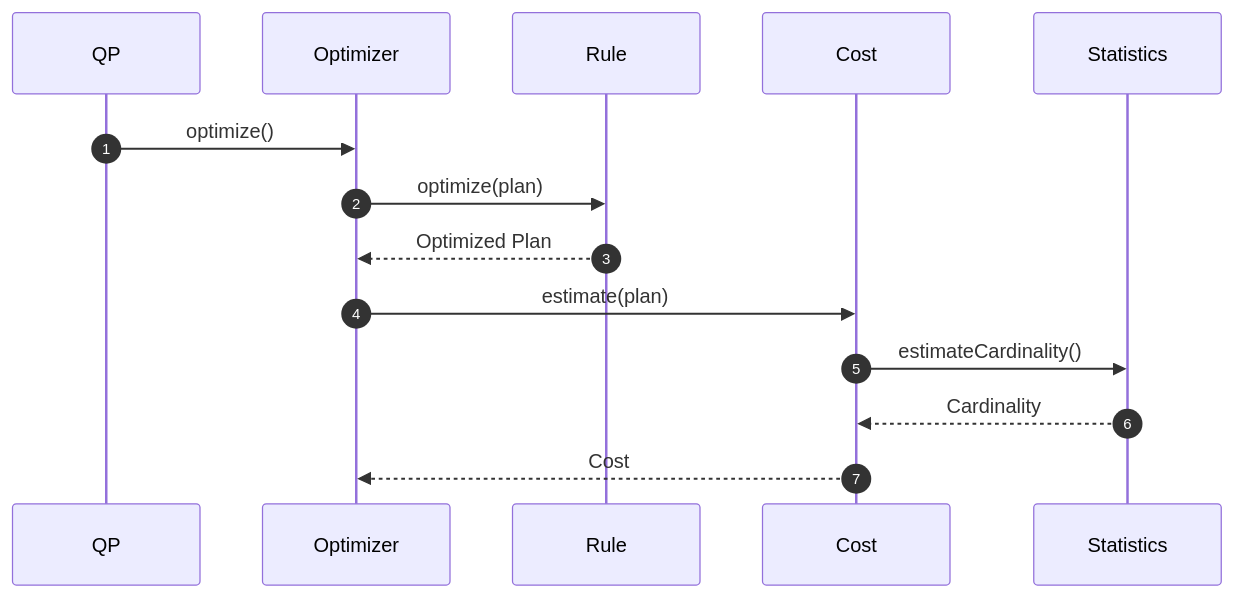
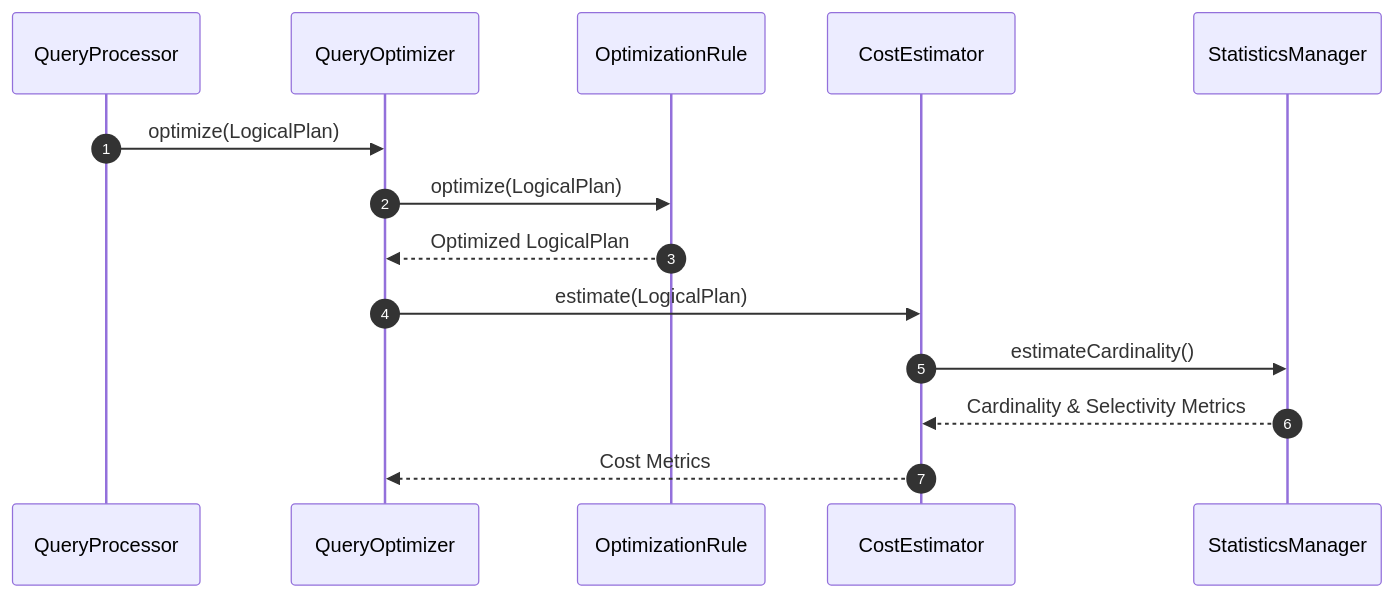
Before and after one commit to Dikhang1112/Database_Management_BBV: diagram 11 of 13 in docs/design_patterns/query_processor/Sequece.md, drawn with Mermaid. The commit also changed other lines of this file and 1 other file, not shown here.

````diff
--- a/docs/design_patterns/query_processor/Sequece.md
+++ b/docs/design_patterns/query_processor/Sequece.md
@@ -178,25 +324,17 @@
 ```mermaid
 sequenceDiagram
+    autonumber
+    participant QP as QueryProcessor
+    participant Optimizer as QueryOptimizer
+    participant Rule as OptimizationRule
+    participant Cost as CostEstimator
+    participant Stats as StatisticsManager
 
-    autonumber
-
-    participant QP
-    participant Optimizer
-    participant Rule
-    participant Cost
-    participant Statistics
-
-    QP->>Optimizer: optimize()
-
-    Optimizer->>Rule: optimize(plan)
-
-    Rule-->>Optimizer: Optimized Plan
-
-    Optimizer->>Cost: estimate(plan)
-
-    Cost->>Statistics: estimateCardinality()
-
-    Statistics-->>Cost: Cardinality
-
-    Cost-->>Optimizer: Cost
+    QP->>Optimizer: optimize(LogicalPlan)
+    Optimizer->>Rule: optimize(LogicalPlan)
+    Rule-->>Optimizer: Optimized LogicalPlan
+    Optimizer->>Cost: estimate(LogicalPlan)
+    Cost->>Stats: estimateCardinality()
+    Stats-->>Cost: Cardinality & Selectivity Metrics
+    Cost-->>Optimizer: Cost Metrics
 ```
````
